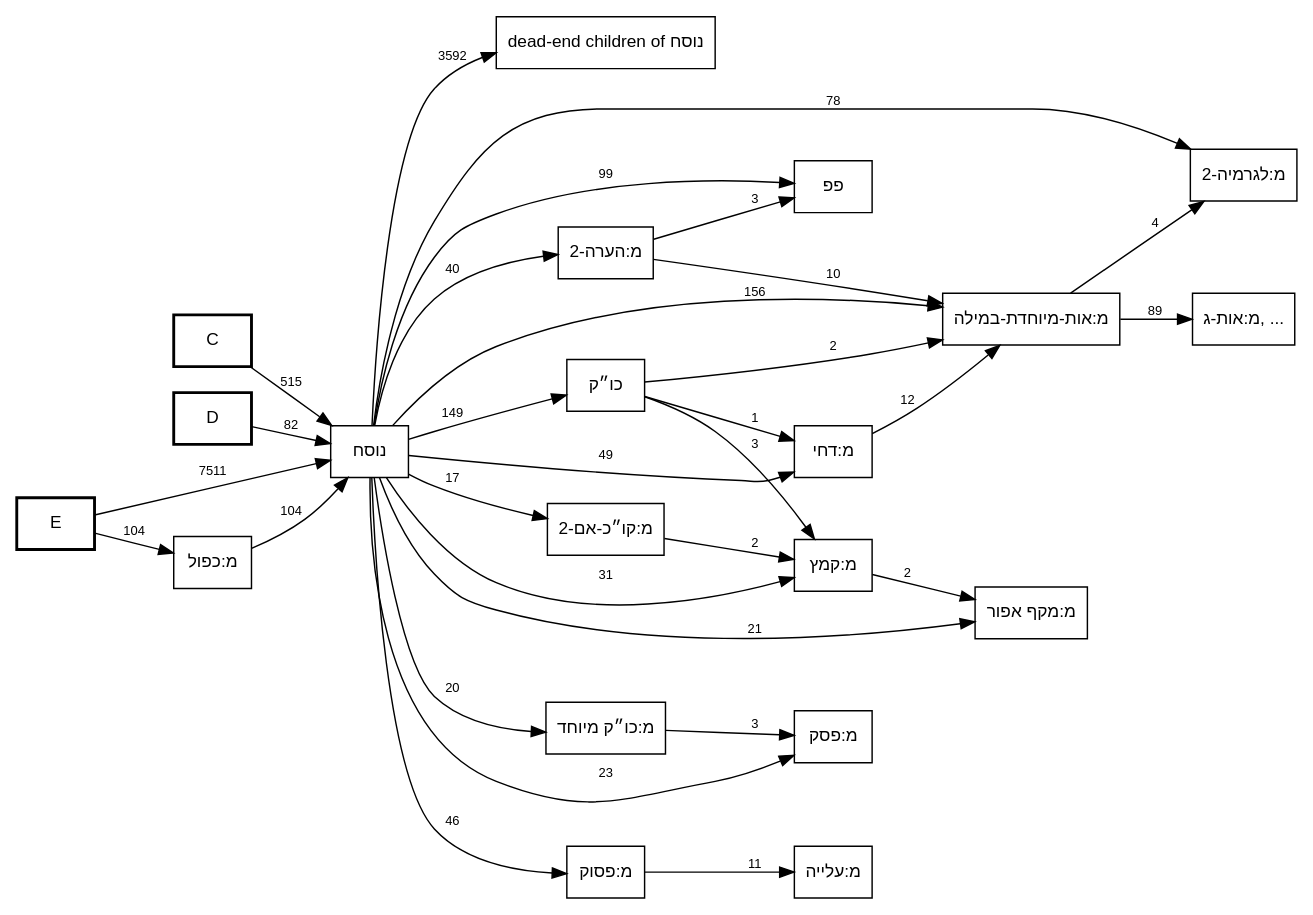
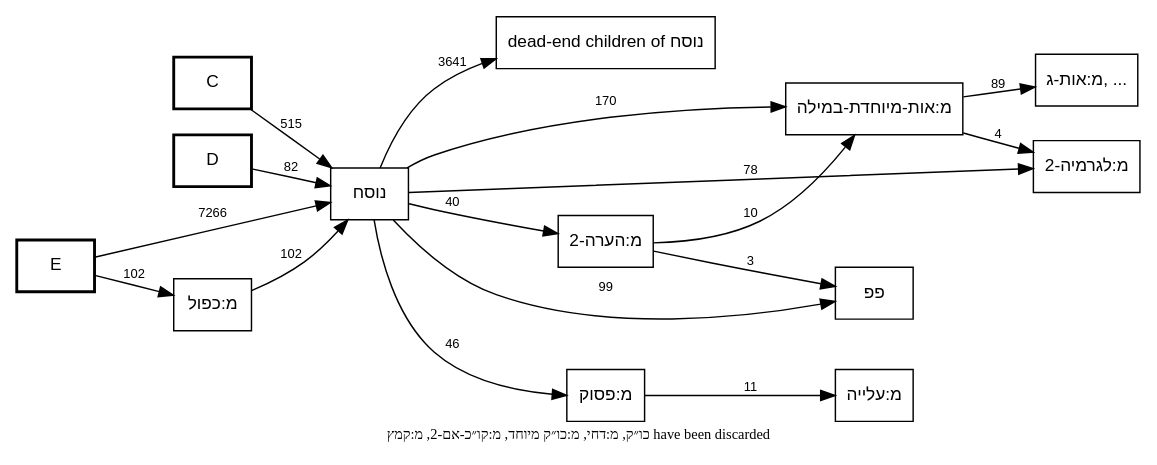
The diagram in out/MAM-tmpl-survey/plus-nusach-call-graph.dot (bdenckla/MAM-basics), drawn with Graphviz before and after one commit. The commit also changed 3 other files, not shown here.

First line of the commit message:
tmpl_survey: discard specific templates in focused nusach call graphs

```diff
--- a/out/MAM-tmpl-survey/plus-nusach-call-graph.dot
+++ b/out/MAM-tmpl-survey/plus-nusach-call-graph.dot
@@ -1,69 +1,60 @@
 // This file was generated by MAM-basics/py/main_tmpl_survey.py.
 // Do not edit by hand.
 digraph template_call_graph {
     rankdir=LR;
     node [fontname="SBL Hebrew,Helvetica", fontsize=12];
     edge [fontname="Helvetica", fontsize=9];
     graph [comment="This file was generated by MAM-basics/py/main_tmpl_survey.py."];
 
     // Column nodes
     node [shape=box, style=bold];
     "C";
     "D";
     "E";
 
     // Template nodes
     node [shape=box, style=""];
     "dead-end children of נוסח" [tooltip="כתיב ולא קרי
 מ:אין פרשה בתחילת פרק
 מ:אין פרשה בתחילת פרק בספרי אמ״ת
+מ:מקף אפור
 מ:נו״ן הפוכה
+מ:פסק
 מ:צינור
 מ:קישור בהערה
 מ:קישור פנימי בהערה
 מודגש
 סס
 ססס
 פפפ
 קו״כ
 קרי ולא כתיב
 ר0
 ר1
 ר3
 ר4
 ש"];
     "מ:אות-ג, ..." [tooltip="מ:אות-ג
 מ:אות-ק"];
 
+    // Note
+    graph [label="כו״ק, מ:דחי, מ:כו״ק מיוחד, מ:קו״כ-אם-2, מ:קמץ have been discarded", labelloc=b, fontsize=10];
+
     // Edges
     "C" -> "נוסח" [label="515"];
     "D" -> "נוסח" [label="82"];
-    "E" -> "מ:כפול" [label="104"];
-    "E" -> "נוסח" [label="7511"];
-    "כו״ק" -> "מ:אות-מיוחדת-במילה" [label="2"];
-    "כו״ק" -> "מ:דחי" [label="1"];
-    "כו״ק" -> "מ:קמץ" [label="3"];
+    "E" -> "מ:כפול" [label="102"];
+    "E" -> "נוסח" [label="7266"];
     "מ:אות-מיוחדת-במילה" -> "מ:אות-ג, ..." [label="89"];
     "מ:אות-מיוחדת-במילה" -> "מ:לגרמיה-2" [label="4"];
-    "מ:דחי" -> "מ:אות-מיוחדת-במילה" [label="12"];
     "מ:הערה-2" -> "מ:אות-מיוחדת-במילה" [label="10"];
     "מ:הערה-2" -> "פפ" [label="3"];
-    "מ:כו״ק מיוחד" -> "מ:פסק" [label="3"];
-    "מ:כפול" -> "נוסח" [label="104"];
+    "מ:כפול" -> "נוסח" [label="102"];
     "מ:פסוק" -> "מ:עלייה" [label="11"];
-    "מ:קו״כ-אם-2" -> "מ:קמץ" [label="2"];
-    "מ:קמץ" -> "מ:מקף אפור" [label="2"];
-    "נוסח" -> "כו״ק" [label="149"];
-    "נוסח" -> "dead-end children of נוסח" [label="3592"];
-    "נוסח" -> "מ:אות-מיוחדת-במילה" [label="156"];
-    "נוסח" -> "מ:דחי" [label="49"];
+    "נוסח" -> "dead-end children of נוסח" [label="3641"];
+    "נוסח" -> "מ:אות-מיוחדת-במילה" [label="170"];
     "נוסח" -> "מ:הערה-2" [label="40"];
-    "נוסח" -> "מ:כו״ק מיוחד" [label="20"];
     "נוסח" -> "מ:לגרמיה-2" [label="78"];
-    "נוסח" -> "מ:מקף אפור" [label="21"];
     "נוסח" -> "מ:פסוק" [label="46"];
-    "נוסח" -> "מ:פסק" [label="23"];
-    "נוסח" -> "מ:קו״כ-אם-2" [label="17"];
-    "נוסח" -> "מ:קמץ" [label="31"];
     "נוסח" -> "פפ" [label="99"];
 }
```
